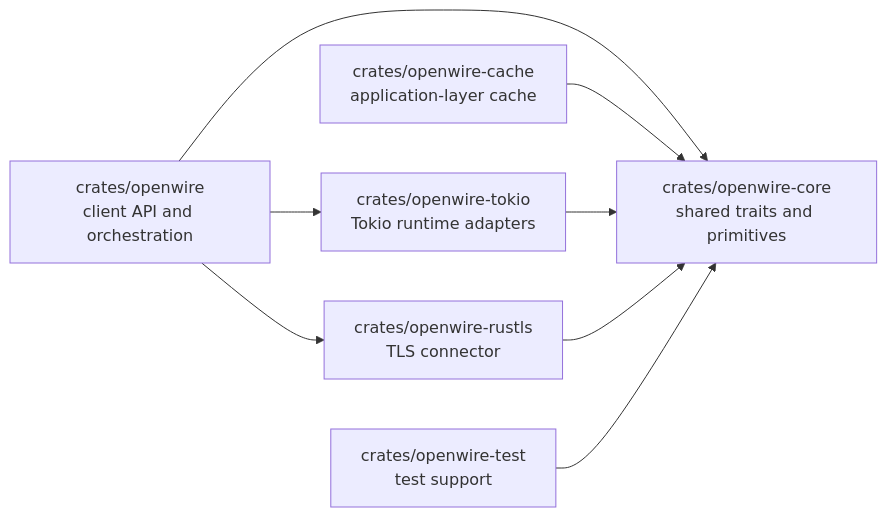
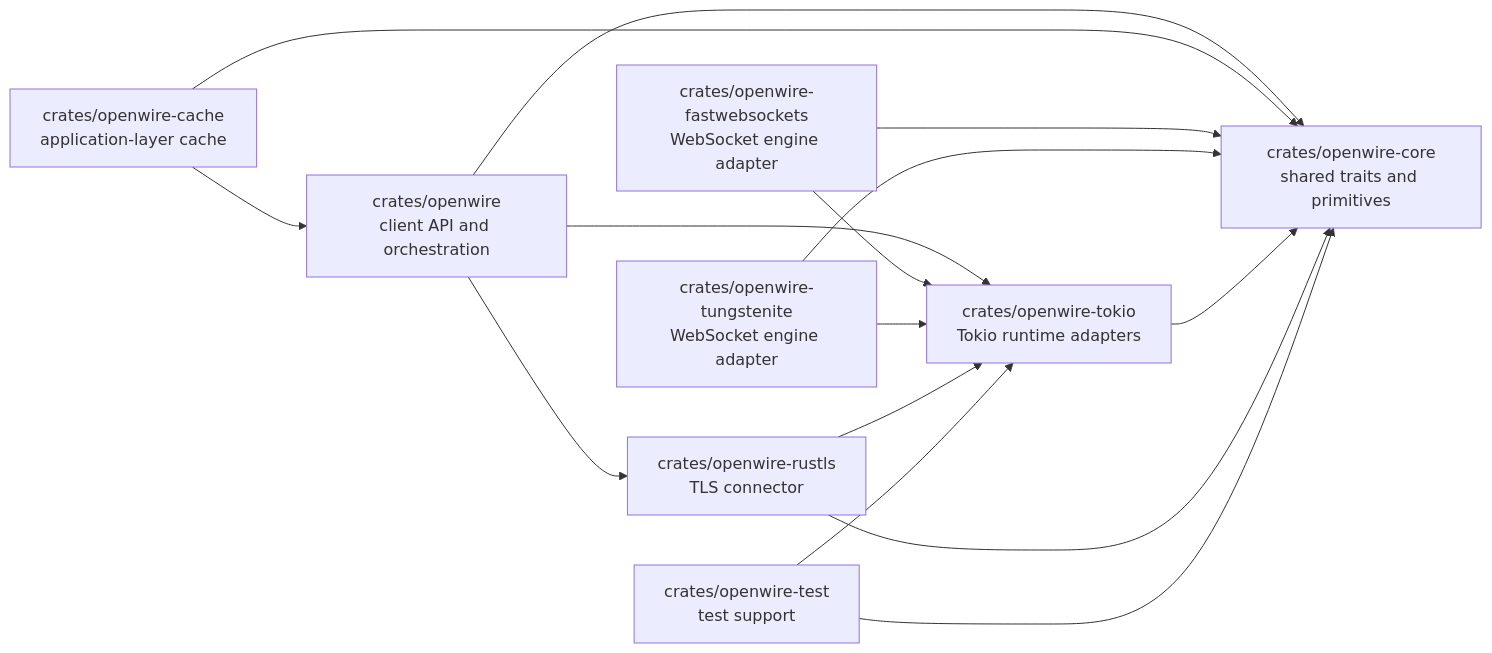
The first of 4 diagrams in docs/ARCHITECTURE.md (peterich-rs/openwire), drawn with Mermaid before and after one commit. The commit also changed other lines of this file and 16 other files, not shown here.

Commit message:
chore(release): add crates.io publishing flow (#62)

````diff
--- a/docs/ARCHITECTURE.md
+++ b/docs/ARCHITECTURE.md
@@ -27,17 +27,26 @@
 ```mermaid
 flowchart LR
     OW[crates/openwire<br/>client API and orchestration]
     CORE[crates/openwire-core<br/>shared traits and primitives]
     TOKIO[crates/openwire-tokio<br/>Tokio runtime adapters]
     RUSTLS[crates/openwire-rustls<br/>TLS connector]
     CACHE[crates/openwire-cache<br/>application-layer cache]
+    FASTWS[crates/openwire-fastwebsockets<br/>WebSocket engine adapter]
+    TUNGSTENITE[crates/openwire-tungstenite<br/>WebSocket engine adapter]
     TEST[crates/openwire-test<br/>test support]
 
     OW --> CORE
     OW --> TOKIO
     OW --> RUSTLS
     CACHE --> CORE
+    CACHE --> OW
+    FASTWS --> CORE
+    FASTWS --> TOKIO
+    TUNGSTENITE --> CORE
+    TUNGSTENITE --> TOKIO
     TOKIO --> CORE
     RUSTLS --> CORE
+    RUSTLS --> TOKIO
     TEST --> CORE
+    TEST --> TOKIO
 ```
````
